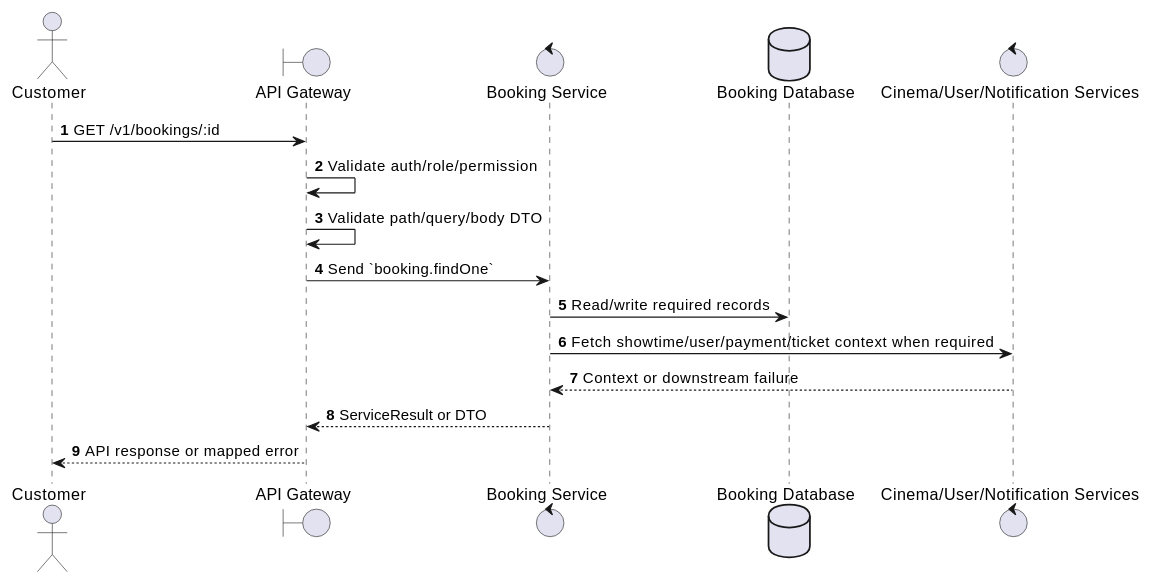
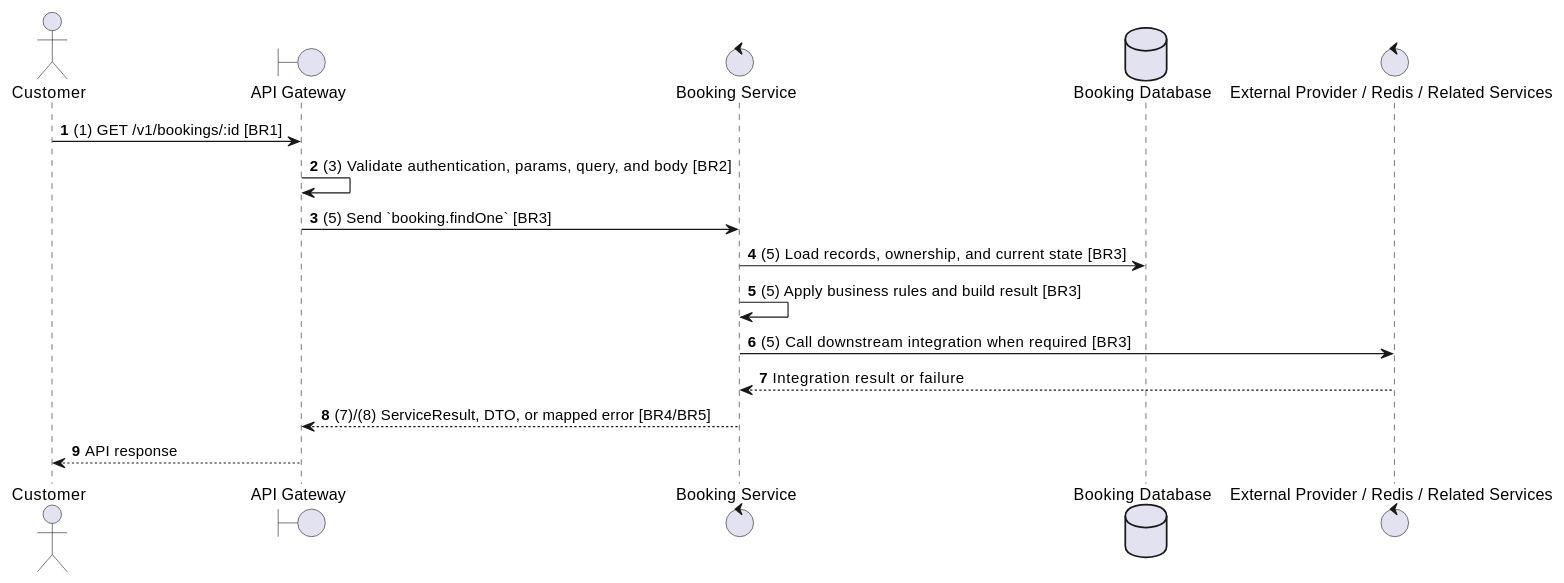
The second of 2 diagrams in docs/functional_specs/3.5.1_User_Booking_Operations/BK-03_Get_Booking_Details.md (Tanh1603/movie-hub-architecture), drawn with PlantUML before and after one commit. The commit also changed other lines of this file and 129 other files, not shown here.

````diff
--- a/docs/functional_specs/3.5.1_User_Booking_Operations/BK-03_Get_Booking_Details.md
+++ b/docs/functional_specs/3.5.1_User_Booking_Operations/BK-03_Get_Booking_Details.md
@@ -17,20 +64,20 @@
 ```plantuml
 @startuml
 autonumber
 actor "Customer" as Actor
 boundary "API Gateway" as GW
 control "Booking Service" as SVC
 database "Booking Database" as DB
-control "Cinema/User/Notification Services" as EXT
+control "External Provider / Redis / Related Services" as EXT
 
-Actor -> GW: GET /v1/bookings/:id
-GW -> GW: Validate auth/role/permission
-GW -> GW: Validate path/query/body DTO
-GW -> SVC: Send `booking.findOne`
-SVC -> DB: Read/write required records
-SVC -> EXT: Fetch showtime/user/payment/ticket context when required
-EXT --> SVC: Context or downstream failure
-SVC --> GW: ServiceResult or DTO
-GW --> Actor: API response or mapped error
+Actor -> GW: (1) GET /v1/bookings/:id [BR1]
+GW -> GW: (3) Validate authentication, params, query, and body [BR2]
+GW -> SVC: (5) Send `booking.findOne` [BR3]
+SVC -> DB: (5) Load records, ownership, and current state [BR3]
+SVC -> SVC: (5) Apply business rules and build result [BR3]
+SVC -> EXT: (5) Call downstream integration when required [BR3]
+EXT --> SVC: Integration result or failure
+SVC --> GW: (7)/(8) ServiceResult, DTO, or mapped error [BR4/BR5]
+GW --> Actor: API response
 @enduml
 ```
````
